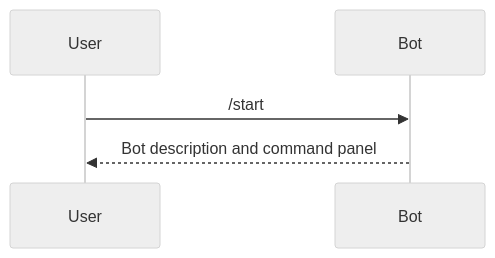
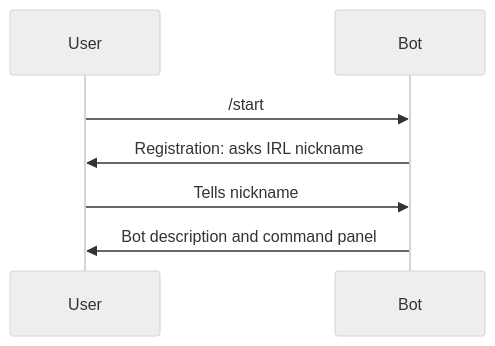
The first of 3 diagrams in docs/sequences.md (BeaverNotACat/receipt-splitting-bot), drawn with Mermaid (neutral theme) before and after one commit. The commit also changed other lines of this file and 2 other files, not shown here.

Commit message:
📝 Add userflow diagrams

````diff
--- a/docs/sequences.md
+++ b/docs/sequences.md
@@ -4,7 +2,9 @@
 ```mermaid
 sequenceDiagram
     participant User
     participant Bot
     User ->> Bot: /start
-    Bot -->> User: Bot description and command panel
+    Bot ->> User: Registration: asks IRL nickname
+    User ->> Bot: Tells nickname
+    Bot ->> User: Bot description and command panel
 ```
````
